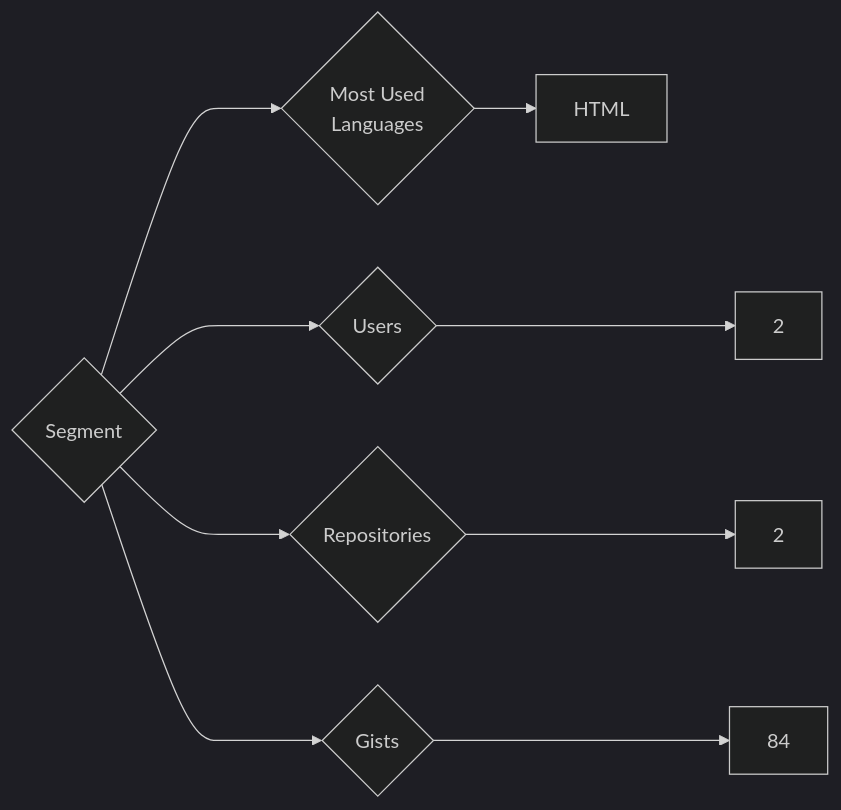
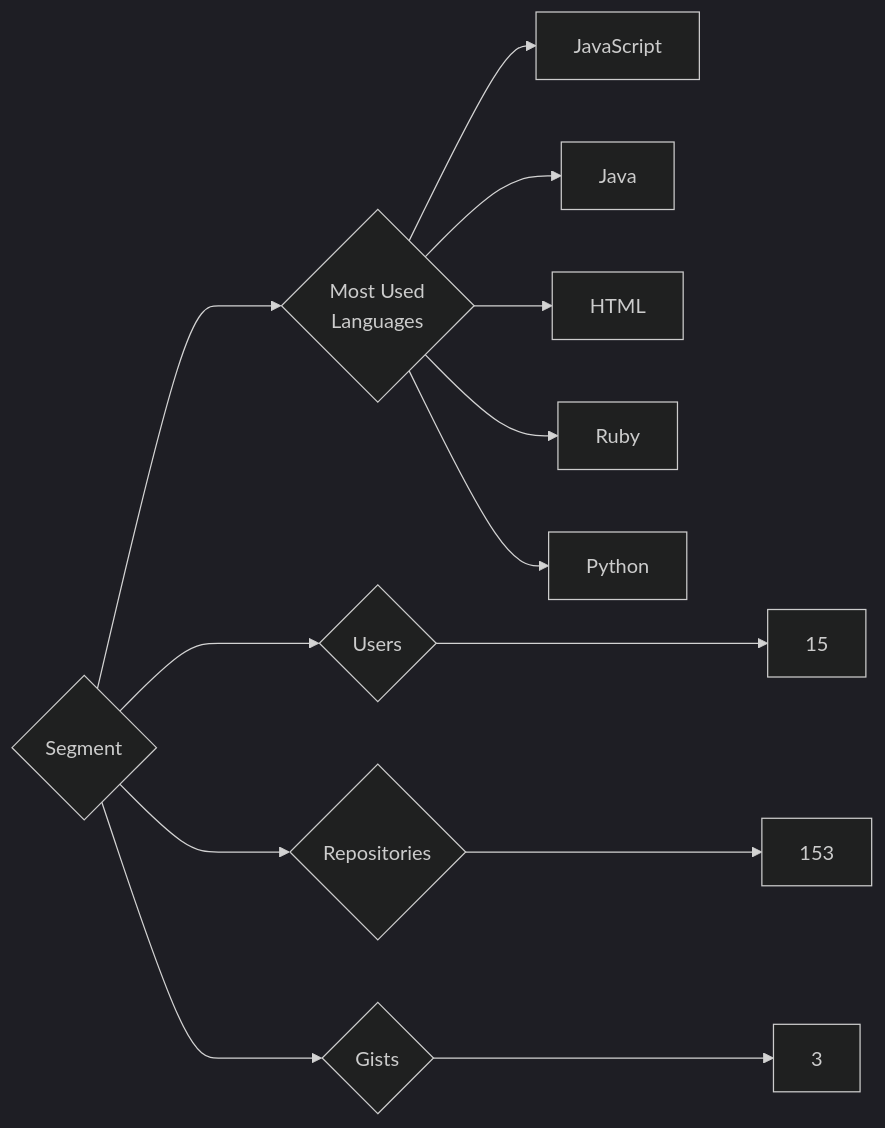
Before and after one commit to trickest/insiders: the diagram in targets/Segment/README.md, drawn with Mermaid (dark theme). The commit also changed 955 other files, not shown here.

````diff
--- a/targets/Segment/README.md
+++ b/targets/Segment/README.md
@@ -3,9 +3,13 @@
 ```mermaid
 graph LR
 COMPANY_NAME{Segment}
-COMPANY_NAME ---> U{Users} ---> UN[2]
-COMPANY_NAME ---> R{Repositories} ---> RN[2]
-COMPANY_NAME ---> G{Gists} ---> GN[84]
+COMPANY_NAME ---> U{Users} ---> UN[15]
+COMPANY_NAME ---> R{Repositories} ---> RN[153]
+COMPANY_NAME ---> G{Gists} ---> GN[3]
 COMPANY_NAME ---> ML{Most Used<br>Languages}
+ML --> JavaScript[JavaScript]
+ML --> Java[Java]
 ML --> HTML[HTML]
+ML --> Ruby[Ruby]
+ML --> Python[Python]
 ```
````
